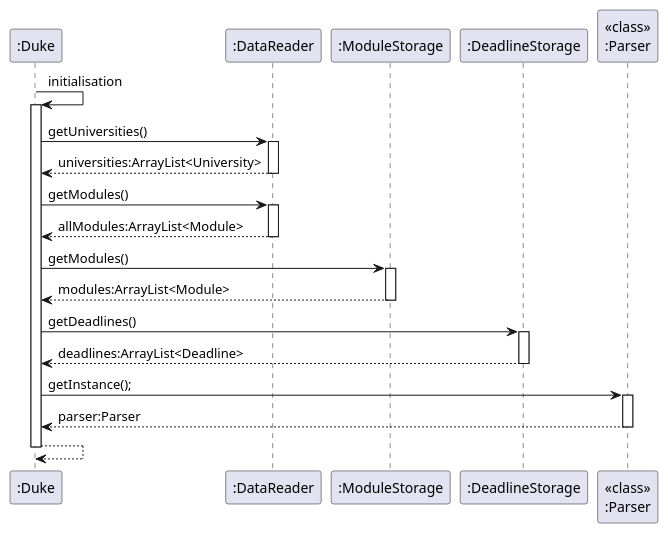
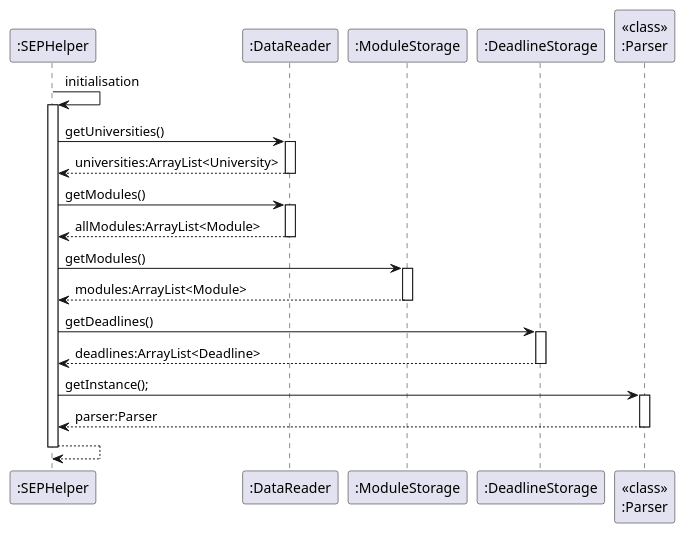
One commit to nus-cs2113-AY2223S2/tp changed the diagram in docs/diagrams/DukeInitialisation.puml. Above: the diagram before and after it, drawn with PlantUML. The commit also changed 7 other files, not shown here.

Commit message:
change name from Duke to SEPHelper

```diff
--- a/docs/diagrams/DukeInitialisation.puml
+++ b/docs/diagrams/DukeInitialisation.puml
@@ -1,28 +1,28 @@
 @startuml
 'https://plantuml.com/sequence-diagram
-":Duke" -> ":Duke" : initialisation
-activate ":Duke"
-":Duke" -> ":DataReader" : getUniversities()
+":SEPHelper" -> ":SEPHelper" : initialisation
+activate ":SEPHelper"
+":SEPHelper" -> ":DataReader" : getUniversities()
 activate ":DataReader"
-":Duke" <-- ":DataReader" : universities:ArrayList<University>
+":SEPHelper" <-- ":DataReader" : universities:ArrayList<University>
 deactivate ":DataReader"
-":Duke" -> ":DataReader" : getModules()
+":SEPHelper" -> ":DataReader" : getModules()
 activate ":DataReader"
-":Duke" <-- ":DataReader" : allModules:ArrayList<Module>
+":SEPHelper" <-- ":DataReader" : allModules:ArrayList<Module>
 deactivate ":DataReader"
-":Duke" -> ":ModuleStorage" : getModules()
+":SEPHelper" -> ":ModuleStorage" : getModules()
 activate ":ModuleStorage"
-":Duke" <-- ":ModuleStorage" : modules:ArrayList<Module>
+":SEPHelper" <-- ":ModuleStorage" : modules:ArrayList<Module>
 deactivate ":ModuleStorage"
-":Duke" -> ":DeadlineStorage" : getDeadlines()
+":SEPHelper" -> ":DeadlineStorage" : getDeadlines()
 activate ":DeadlineStorage"
-":Duke" <-- ":DeadlineStorage" : deadlines:ArrayList<Deadline>
+":SEPHelper" <-- ":DeadlineStorage" : deadlines:ArrayList<Deadline>
 deactivate ":DeadlineStorage"
-":Duke" -> "<<class>>\n:Parser" : getInstance();
+":SEPHelper" -> "<<class>>\n:Parser" : getInstance();
 activate "<<class>>\n:Parser"
-":Duke" <-- "<<class>>\n:Parser" : parser:Parser
+":SEPHelper" <-- "<<class>>\n:Parser" : parser:Parser
 deactivate "<<class>>\n:Parser"
-":Duke" --> ":Duke"
-deactivate ":Duke"
+":SEPHelper" --> ":SEPHelper"
+deactivate ":SEPHelper"
 
 @enduml
```
